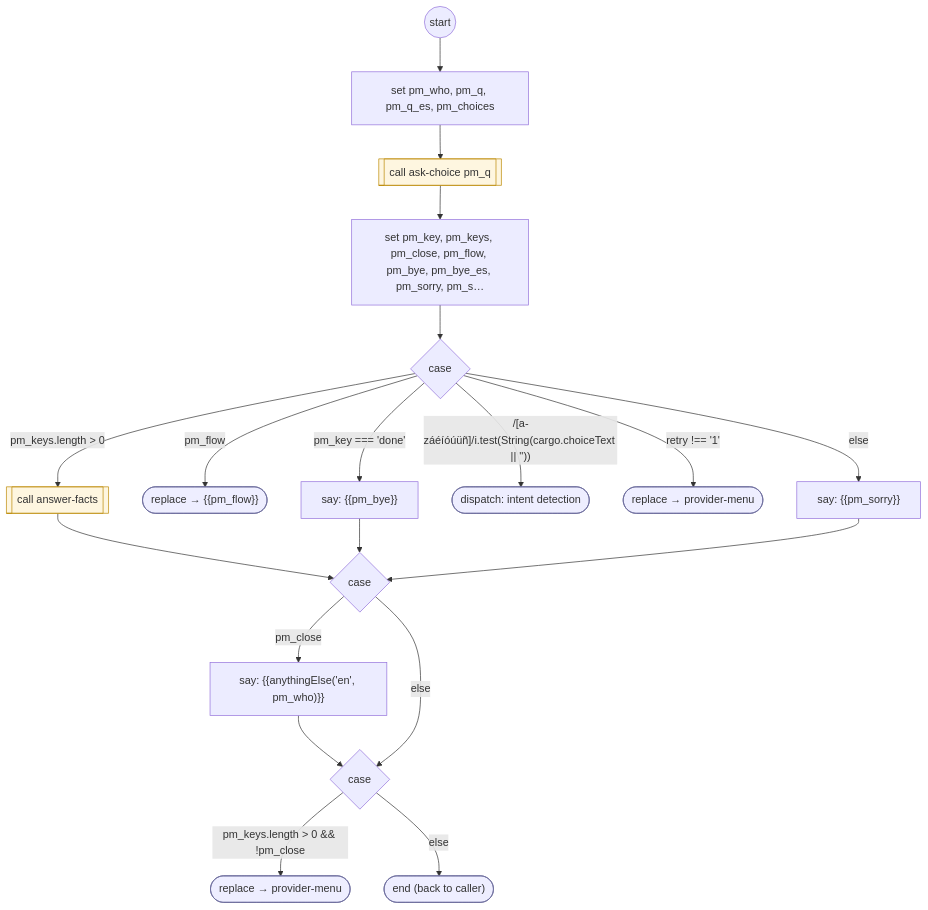
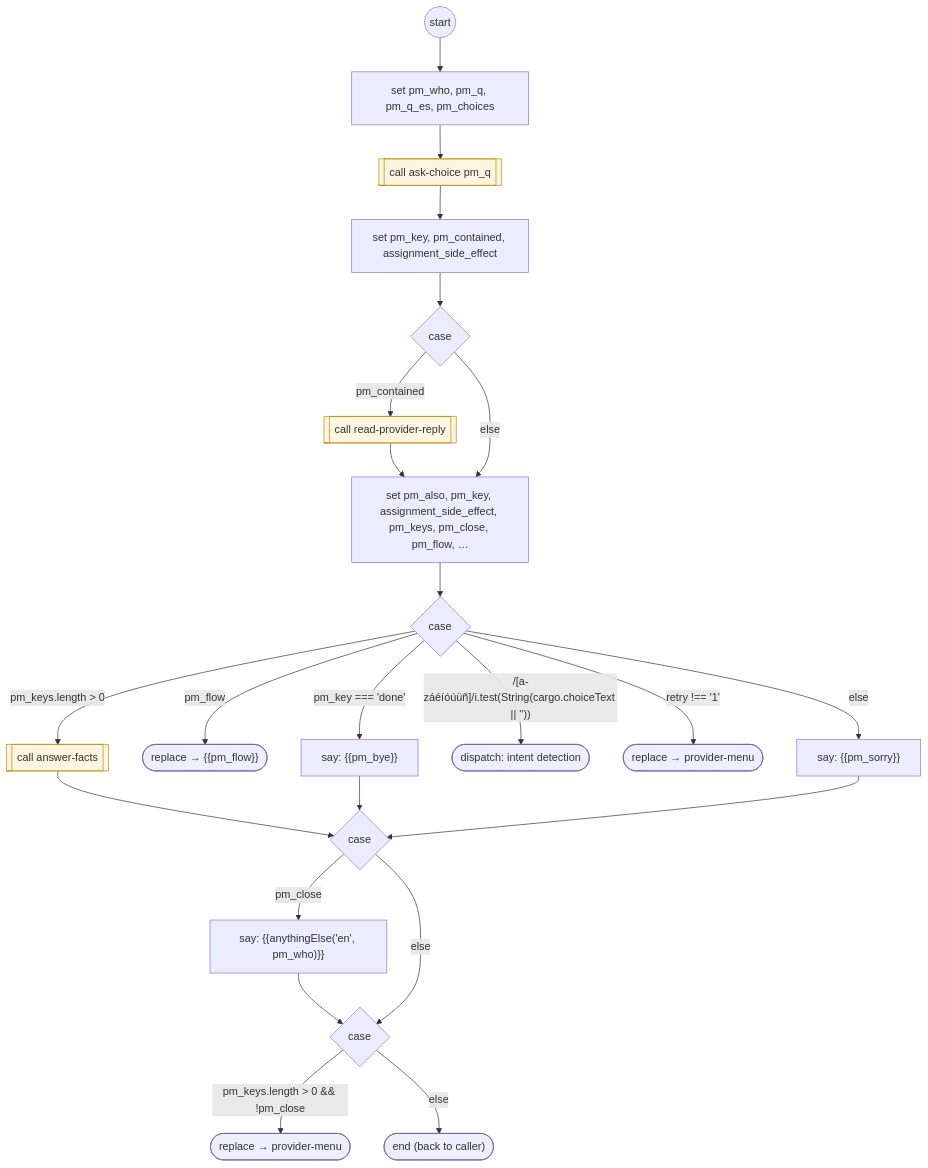
The diagram in docs/flows/system/provider-menu.md (ronpinkas/jsfe), drawn with Mermaid before and after one commit. The commit also changed other lines of this file and 7 other files, not shown here.

First line of the commit message:
jsfe: reference copy of the prod system set: provide-data's unanswered check, provider-unanswered and read-provider-reply, as prod runs them since hy-rag-lambdas v1.166.0.

````diff
--- a/docs/flows/system/provider-menu.md
+++ b/docs/flows/system/provider-menu.md
@@ -17,48 +17,56 @@
 ```mermaid
 flowchart TD
    START(("start"))
    n0["set pm_who, pm_q, pm_q_es, pm_choices"]
    START --> n0
    n1[["call ask-choice pm_q"]]
    class n1 flowstep
    n0 --> n1
-   n2["set pm_key, pm_keys, pm_close, pm_flow, pm_bye, pm_bye_es, pm_sorry, pm_s…"]
+   n2["set pm_key, pm_contained, assignment_side_effect"]
    n1 --> n2
    c3{"case"}
    n2 --> c3
-   b4[["call answer-facts"]]
+   b4[["call read-provider-reply"]]
    class b4 flowstep
-   c3 -- "pm_keys.length #gt; 0" --> b4
-   b5(["replace → #123;#123;pm_flow#125;#125;"])
-   class b5 endstep
-   c3 -- "pm_flow" --> b5
-   b6["say: #123;#123;pm_bye#125;#125;"]
-   c3 -- "pm_key === 'done'" --> b6
-   b7(["dispatch: intent detection"])
-   class b7 endstep
-   c3 -- "/[a-záéíóúüñ]/i.test(String(cargo.choiceText #124;#124; ''))" --> b7
-   b8(["replace → provider-menu"])
+   c3 -- "pm_contained" --> b4
+   n5["set pm_also, pm_key, assignment_side_effect, pm_keys, pm_close, pm_flow, …"]
+   b4 --> n5
+   c3 -- "else" --> n5
+   c6{"case"}
+   n5 --> c6
+   b7[["call answer-facts"]]
+   class b7 flowstep
+   c6 -- "pm_keys.length #gt; 0" --> b7
+   b8(["replace → #123;#123;pm_flow#125;#125;"])
    class b8 endstep
-   c3 -- "retry !== '1'" --> b8
-   b9["say: #123;#123;pm_sorry#125;#125;"]
-   c3 -- "else" --> b9
-   c10{"case"}
-   b4 --> c10
-   b6 --> c10
-   b9 --> c10
-   b11["say: #123;#123;anythingElse('en', pm_who)#125;#125;"]
-   c10 -- "pm_close" --> b11
-   c12{"case"}
-   b11 --> c12
-   c10 -- "else" --> c12
-   b13(["replace → provider-menu"])
-   class b13 endstep
-   c12 -- "pm_keys.length #gt; 0 && !pm_close" --> b13
+   c6 -- "pm_flow" --> b8
+   b9["say: #123;#123;pm_bye#125;#125;"]
+   c6 -- "pm_key === 'done'" --> b9
+   b10(["dispatch: intent detection"])
+   class b10 endstep
+   c6 -- "/[a-záéíóúüñ]/i.test(String(cargo.choiceText #124;#124; ''))" --> b10
+   b11(["replace → provider-menu"])
+   class b11 endstep
+   c6 -- "retry !== '1'" --> b11
+   b12["say: #123;#123;pm_sorry#125;#125;"]
+   c6 -- "else" --> b12
+   c13{"case"}
+   b7 --> c13
+   b9 --> c13
+   b12 --> c13
+   b14["say: #123;#123;anythingElse('en', pm_who)#125;#125;"]
+   c13 -- "pm_close" --> b14
+   c15{"case"}
+   b14 --> c15
+   c13 -- "else" --> c15
+   b16(["replace → provider-menu"])
+   class b16 endstep
+   c15 -- "pm_keys.length #gt; 0 && !pm_close" --> b16
    DONE(["end (back to caller)"])
    class DONE endstep
-   c12 -- "else" --> DONE
+   c15 -- "else" --> DONE
    classDef endstep fill:#eef,stroke:#669
    classDef toolstep fill:#efe,stroke:#696
    classDef flowstep fill:#fef6e0,stroke:#b80
    classDef inputstep fill:#f3eefc,stroke:#75a
 ```
````
